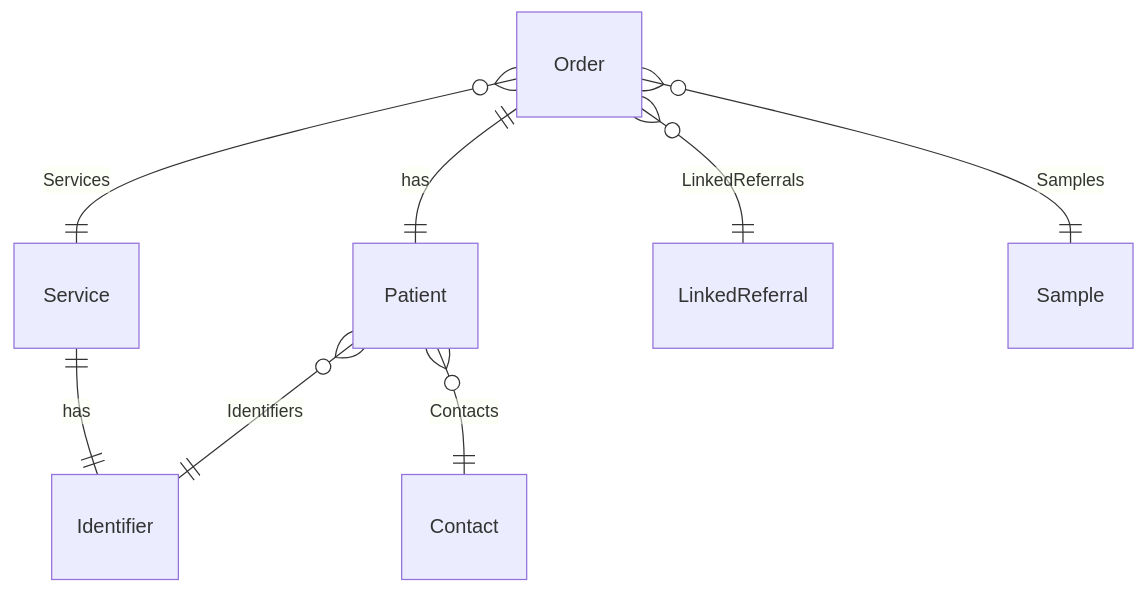
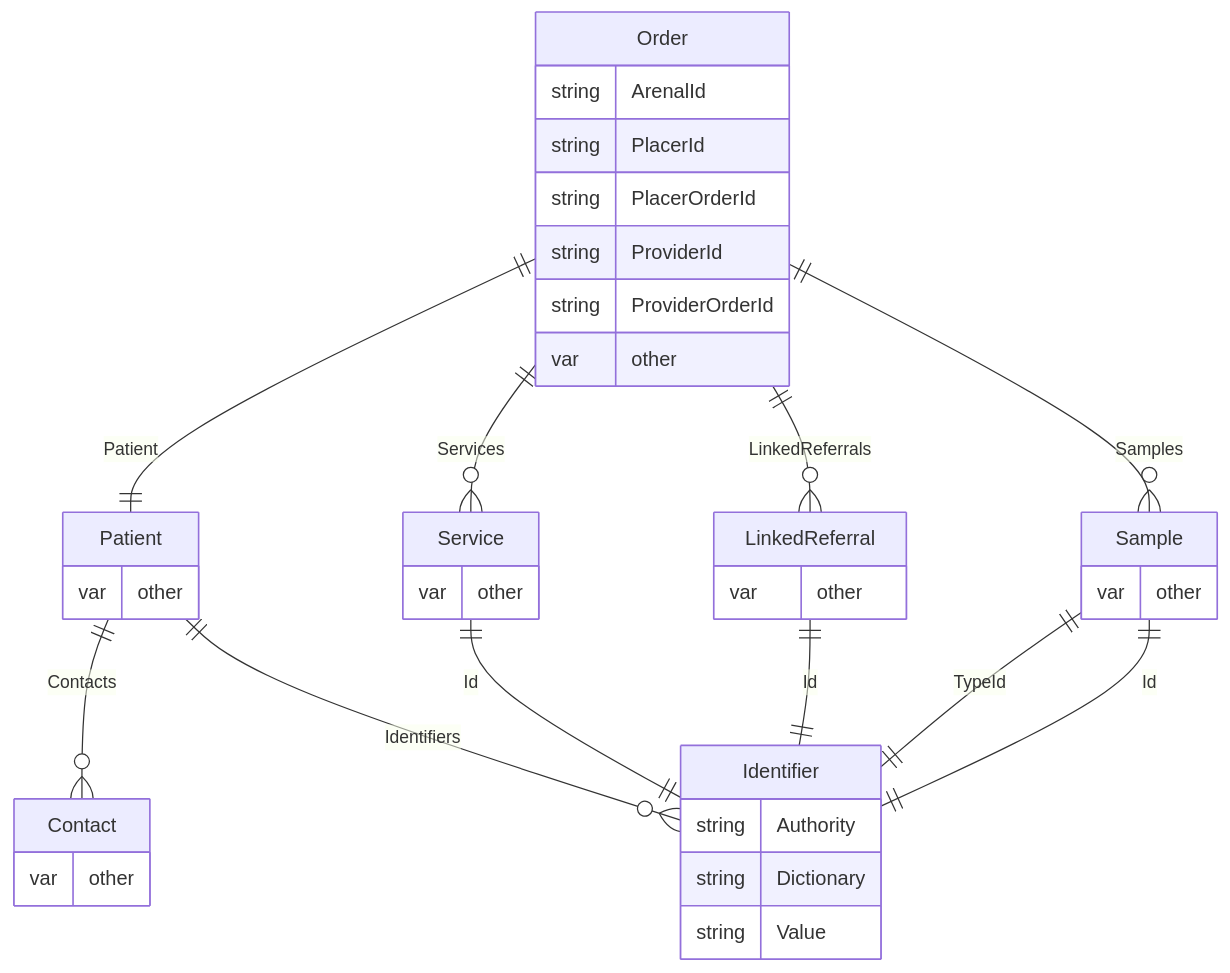
The diagram in README.md (SKYWARE-Group/ArenalClient), drawn with Mermaid before and after one commit. The commit also changed other lines of this file, not shown here.

````diff
--- a/README.md
+++ b/README.md
@@ -10,10 +10,41 @@
 ```mermaid
 erDiagram
-    Order ||--|| Patient : has
-    Order }o--|| Service : Services
-    Order }o--|| LinkedReferral : LinkedReferrals
-    Order }o--|| Sample : Samples
-    Service ||--|| Identifier : has
-    Patient }o--|| Identifier : Identifiers
-    Patient }o--|| Contact : Contacts
+    Order {
+        string ArenalId
+        string PlacerId
+        string PlacerOrderId
+        string ProviderId
+        string ProviderOrderId
+        var other
+    }
+    Identifier {
+        string Authority
+        string Dictionary
+        string Value
+    }
+    Patient {
+        var other
+    }
+    Service {
+        var other
+    }
+    LinkedReferral {
+        var other
+    }
+    Sample {
+        var other
+    }
+    Contact {
+        var other
+    }
+    Order ||--|| Patient : Patient
+    Order ||--o{ Service : Services
+    Order ||--o{ LinkedReferral : LinkedReferrals
+    Order ||--o{ Sample : Samples
+    Service ||--|| Identifier : Id
+    Patient ||--o{ Contact : Contacts
+    Patient ||--o{ Identifier : Identifiers
+    LinkedReferral ||--|| Identifier : Id
+    Sample ||--|| Identifier : TypeId
+    Sample ||--|| Identifier : Id
 ```
````
